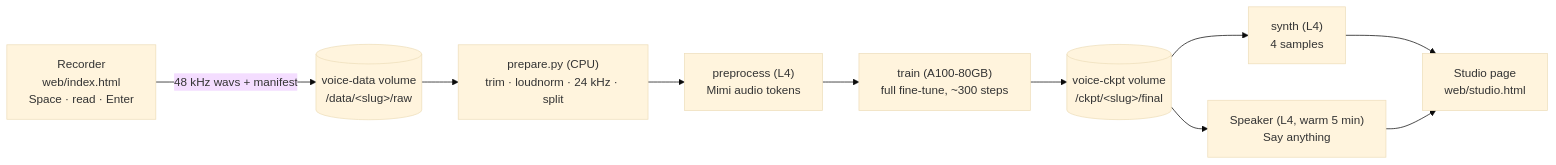
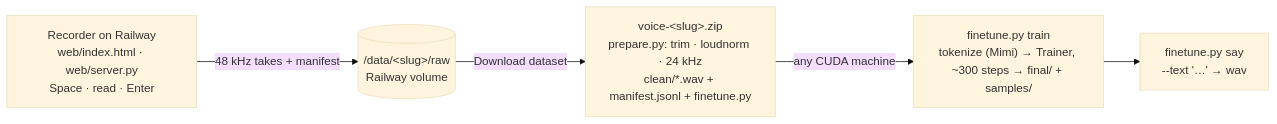
One commit to Pran-Ker/engram changed the diagram in voice/README.md. Above: the diagram before and after it, drawn with Mermaid (base theme). The commit also changed other lines of this file and 13 other files, not shown here.

First line of the commit message:
Voice Studio on Railway: recorder + dataset export, finetune.py for any GPU; drop the Modal studio

````diff
--- a/voice/README.md
+++ b/voice/README.md
@@ -7,11 +7,7 @@
 ```mermaid
 flowchart LR
-  rec["Recorder<br/>web/index.html<br/>Space · read · Enter"] -->|"48 kHz wavs + manifest"| vol[("voice-data volume<br/>/data/&lt;slug&gt;/raw")]
-  vol --> prep["prepare.py (CPU)<br/>trim · loudnorm · 24 kHz · split"]
-  prep --> tok["preprocess (L4)<br/>Mimi audio tokens"]
-  tok --> ft["train (A100-80GB)<br/>full fine-tune, ~300 steps"]
-  ft --> ck[("voice-ckpt volume<br/>/ckpt/&lt;slug&gt;/final")]
-  ck --> synth["synth (L4)<br/>4 samples"]
-  ck --> say["Speaker (L4, warm 5 min)<br/>Say anything"]
-  synth & say --> page["Studio page<br/>web/studio.html"]
+  rec["Recorder on Railway<br/>web/index.html · web/server.py<br/>Space · read · Enter"] -->|"48 kHz takes + manifest"| vol[("/data/&lt;slug&gt;/raw<br/>Railway volume")]
+  vol -->|"Download dataset"| zip["voice-&lt;slug&gt;.zip<br/>prepare.py: trim · loudnorm · 24 kHz<br/>clean/*.wav + manifest.jsonl + finetune.py"]
+  zip -->|"any CUDA machine"| ft["finetune.py train<br/>tokenize (Mimi) → Trainer, ~300 steps → final/ + samples/"]
+  ft --> say["finetune.py say<br/>--text '…' → wav"]
 ```
````
